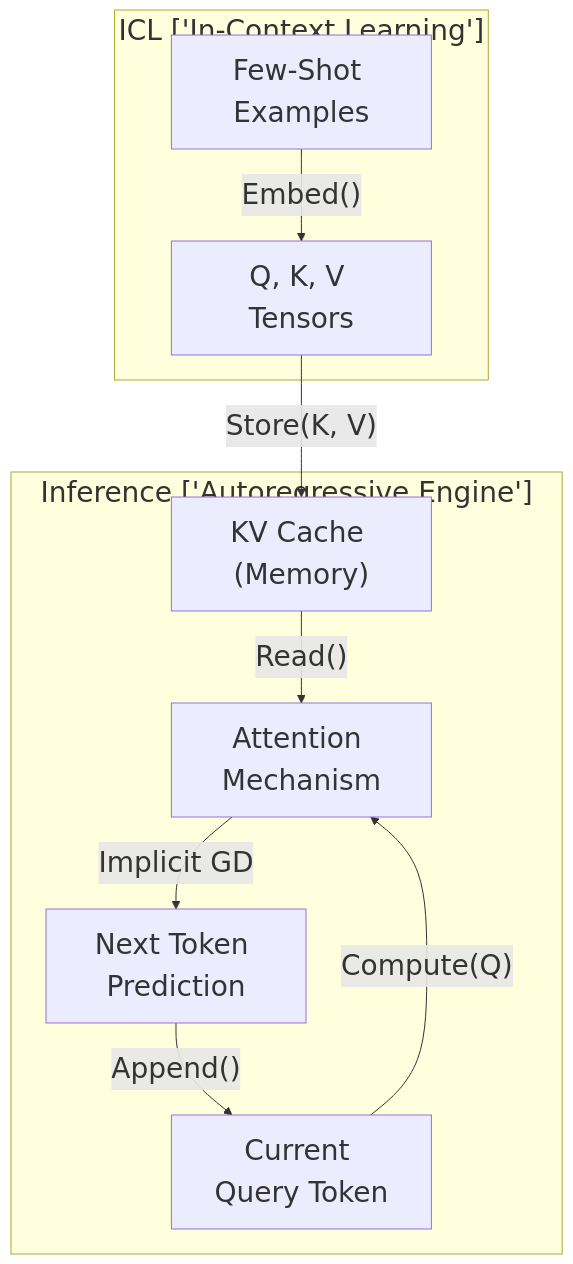
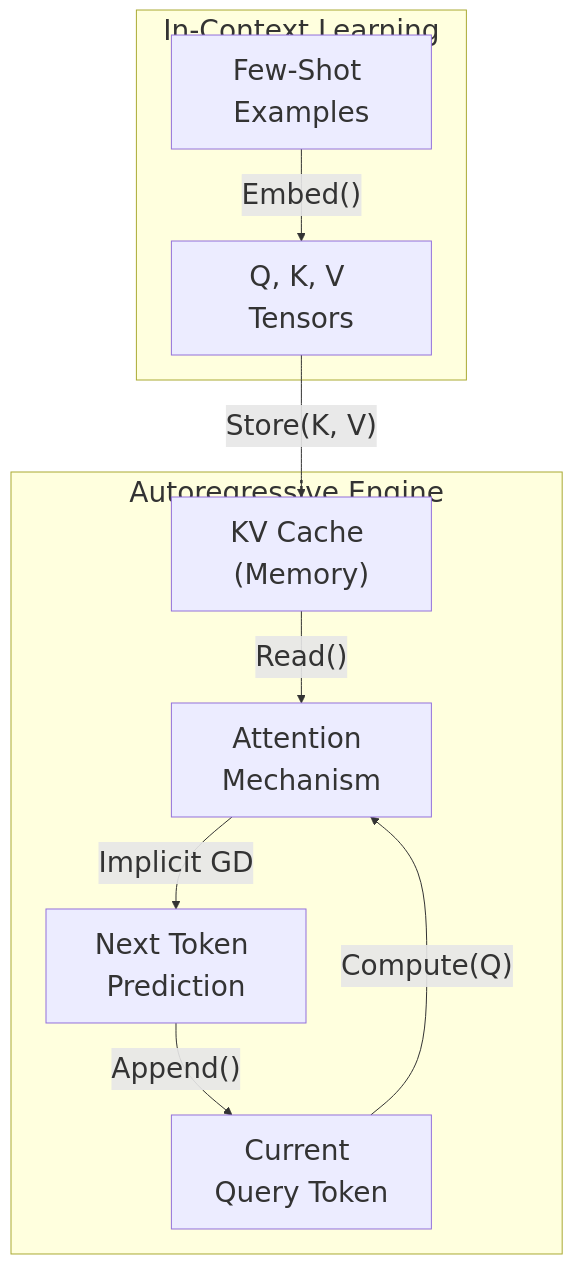
Before and after one commit to j4flmao/agent-skills: the diagram in skills/prompt-engineering/few-shot-prompting/SKILL.md, drawn with Mermaid. The commit also changed 38 other files, not shown here.

Commit message:
style(skills): Add padding to Mermaid subgraphs to prevent label overlap with nodes

````diff
--- a/skills/prompt-engineering/few-shot-prompting/SKILL.md
+++ b/skills/prompt-engineering/few-shot-prompting/SKILL.md
@@ -16,16 +16,16 @@
 ```mermaid
 %%{init: {"theme": "default", "themeVariables": {"fontSize": "28px"}, "flowchart": {"useMaxWidth": false}}}%%
 flowchart TD
-    subgraph ICLInContextLearning ["ICL ['In-Context Learning']"]
+    subgraph ICLInContextLearning ["In-Context Learning<br/>"]
         Demonstrations["Few-Shot Examples"] -->|"Embed()"| QKV["Q, K, V Tensors"]
     end
     
-    subgraph InferenceAutoregressiveEngine ["Inference ['Autoregressive Engine']"]
+    subgraph InferenceAutoregressiveEngine ["Autoregressive Engine<br/>"]
         QKV -->|"Store(K, V)"| KVCache["KV Cache (Memory)"]
         Query["Current Query Token"] -->|"Compute(Q)"| AttentionHead
         KVCache -->|"Read()"| AttentionHead["Attention Mechanism"]
         AttentionHead -->|"Implicit GD"| Output["Next Token Prediction"]
     end
     
     Output -->|"Append()"| Query
 ```
````
